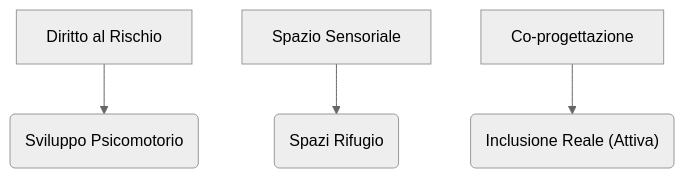
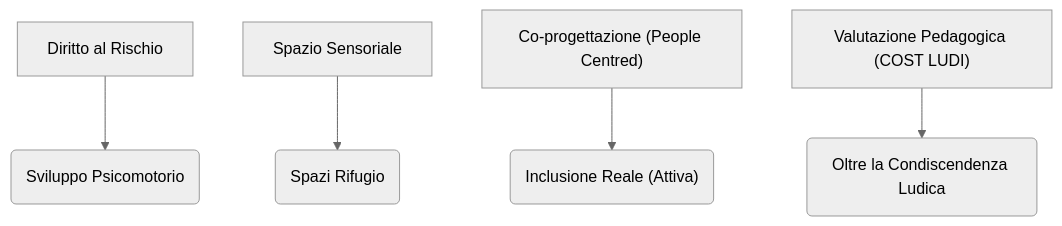
The diagram in content/50 - Insights/Parchi gioco inclusivi/Insight - Parchi gioco inclusivi.md (amagaro/Salvatore_Ricercatore), drawn with Mermaid (neutral theme) before and after one commit. The commit also changed other lines of this file and 2 other files, not shown here.

````diff
--- a/content/50 - Insights/Parchi gioco inclusivi/Insight - Parchi gioco inclusivi.md
+++ b/content/50 - Insights/Parchi gioco inclusivi/Insight - Parchi gioco inclusivi.md
@@ -11,6 +11,7 @@
 ```mermaid
 graph TD
     A["Diritto al Rischio"] --> B("Sviluppo Psicomotorio")
     C["Spazio Sensoriale"] --> D("Spazi Rifugio")
-    E["Co-progettazione"] --> F("Inclusione Reale (Attiva)")
+    E["Co-progettazione (People Centred)"] --> F("Inclusione Reale (Attiva)")
+    G["Valutazione Pedagogica (COST LUDI)"] --> H("Oltre la Condiscendenza Ludica")
 ```
````
